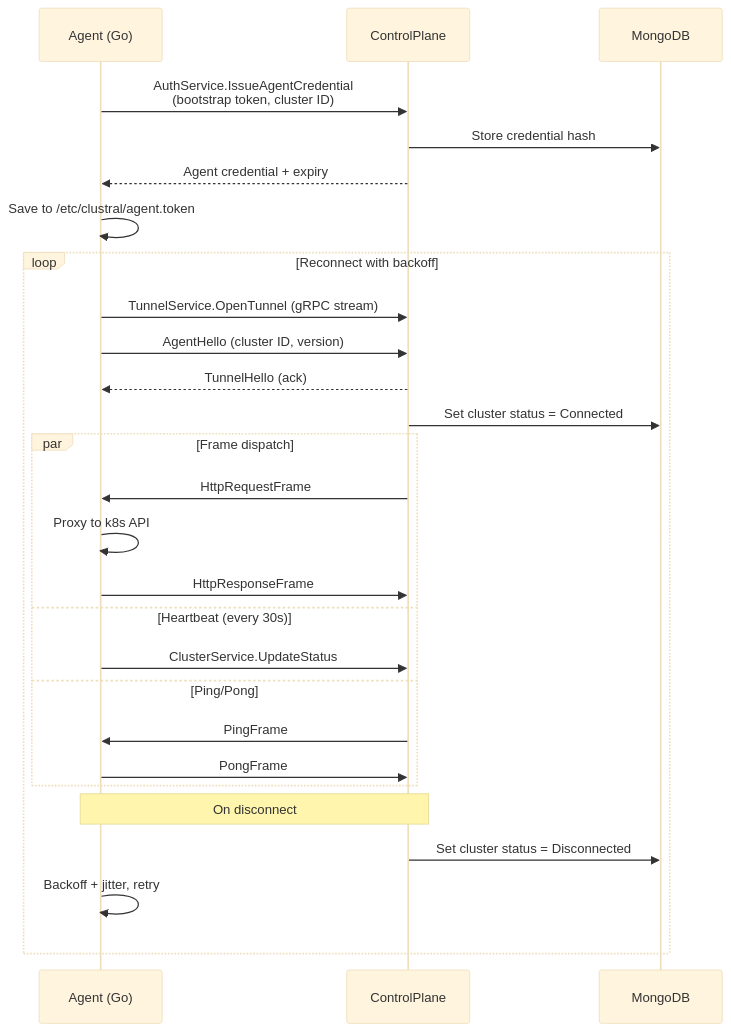
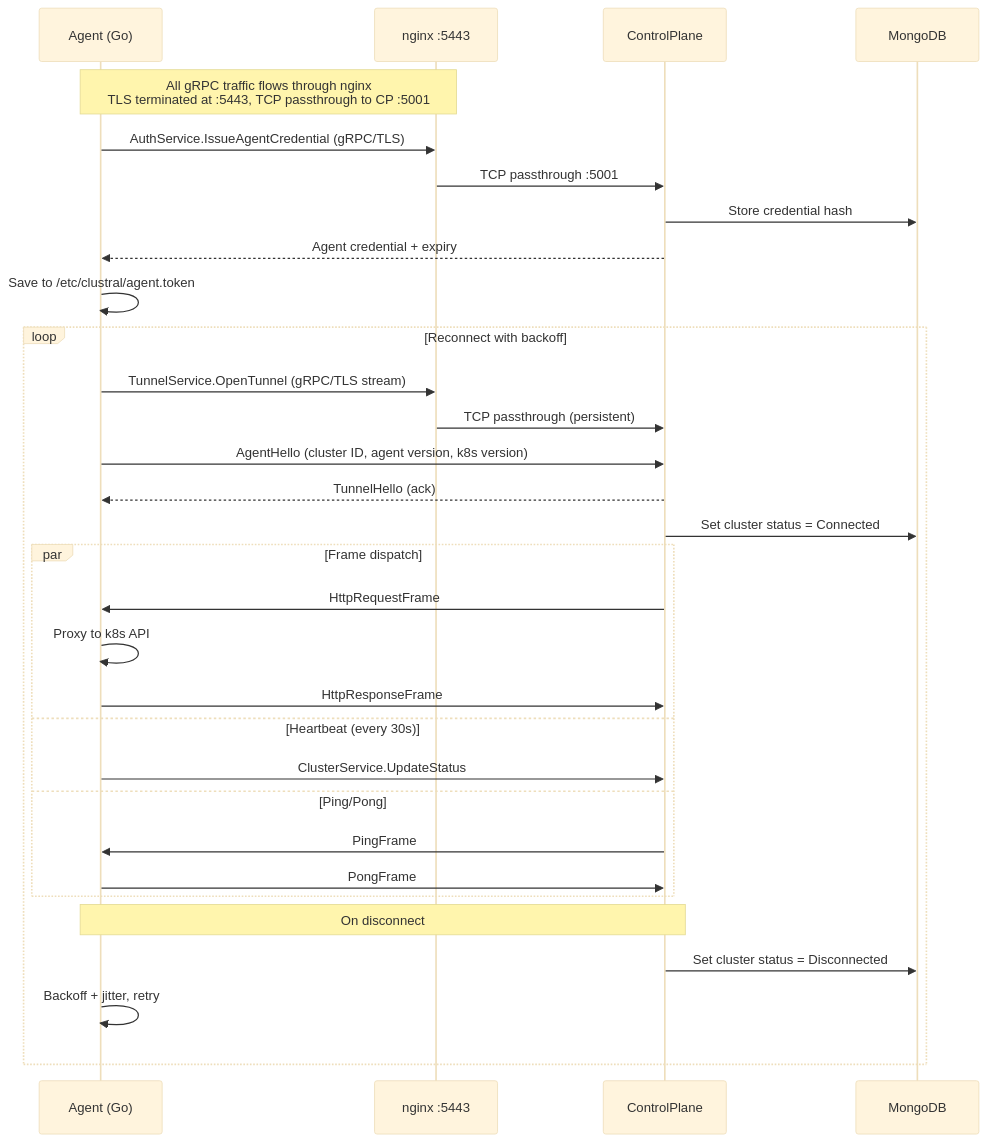
The fourth of 9 diagrams in README.md (Clustral/clustral), drawn with Mermaid (base theme) before and after one commit. The commit also changed other lines of this file and 1 other file, not shown here.

First line of the commit message:
docs: update diagrams and docs for nginx unified gateway architecture

````diff
--- a/README.md
+++ b/README.md
@@ -109,33 +120,38 @@
 ```mermaid
 sequenceDiagram
     participant Agent as Agent (Go)
+    participant NGX as nginx :5443
     participant CP as ControlPlane
     participant DB as MongoDB
 
-    Agent->>CP: AuthService.IssueAgentCredential<br/>(bootstrap token, cluster ID)
+    Note over Agent,NGX: All gRPC traffic flows through nginx<br/>TLS terminated at :5443, TCP passthrough to CP :5001
+
+    Agent->>NGX: AuthService.IssueAgentCredential (gRPC/TLS)
+    NGX->>CP: TCP passthrough :5001
     CP->>DB: Store credential hash
     CP-->>Agent: Agent credential + expiry
     Agent->>Agent: Save to /etc/clustral/agent.token
 
     loop Reconnect with backoff
-        Agent->>CP: TunnelService.OpenTunnel (gRPC stream)
-        Agent->>CP: AgentHello (cluster ID, version)
+        Agent->>NGX: TunnelService.OpenTunnel (gRPC/TLS stream)
+        NGX->>CP: TCP passthrough (persistent)
+        Agent->>CP: AgentHello (cluster ID, agent version, k8s version)
         CP-->>Agent: TunnelHello (ack)
         CP->>DB: Set cluster status = Connected
 
         par Frame dispatch
             CP->>Agent: HttpRequestFrame
             Agent->>Agent: Proxy to k8s API
             Agent->>CP: HttpResponseFrame
         and Heartbeat (every 30s)
             Agent->>CP: ClusterService.UpdateStatus
         and Ping/Pong
             CP->>Agent: PingFrame
             Agent->>CP: PongFrame
         end
 
         Note over Agent,CP: On disconnect
         CP->>DB: Set cluster status = Disconnected
         Agent->>Agent: Backoff + jitter, retry
     end
 ```
````
